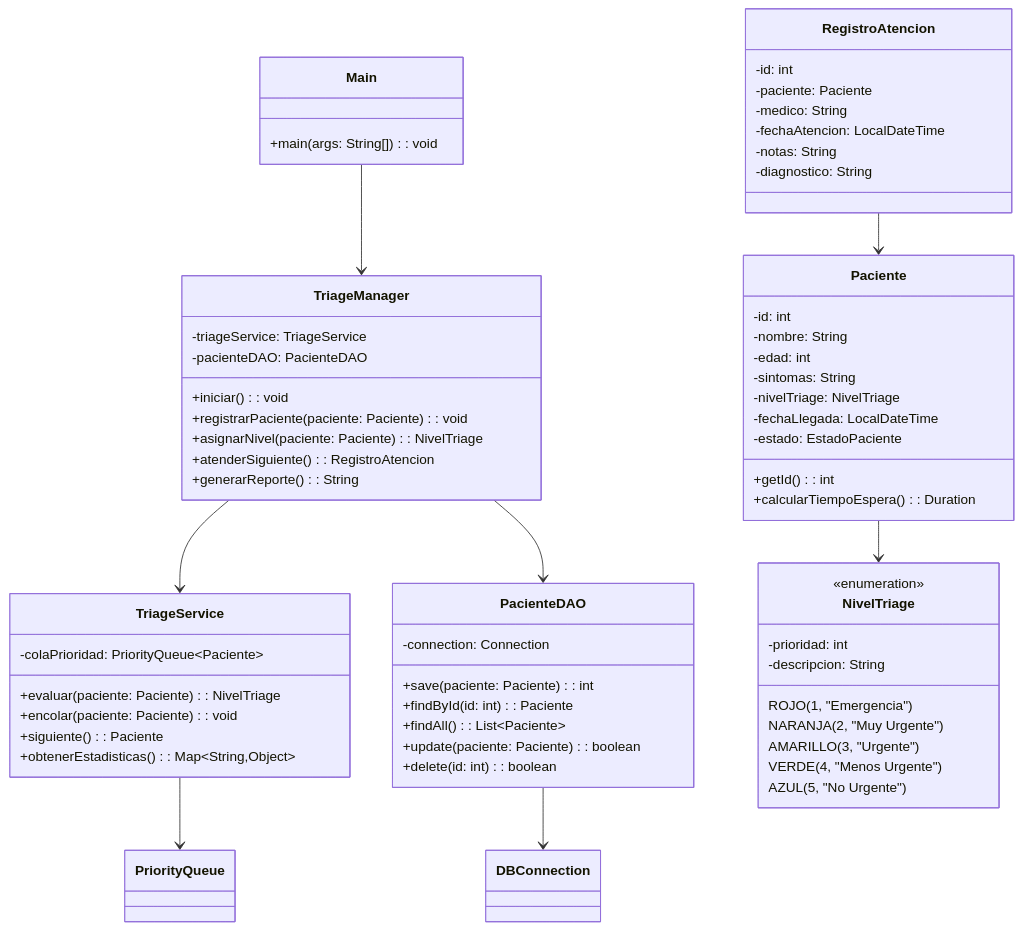
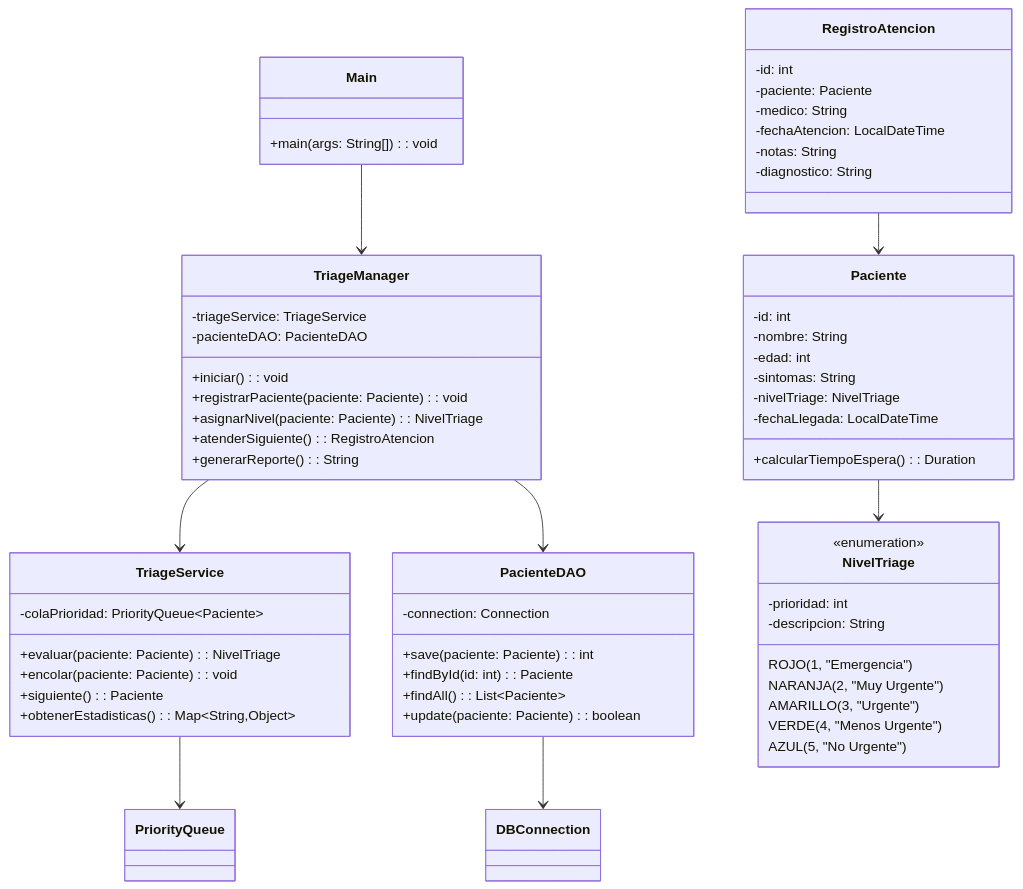
Before and after one commit to Erick-MSD/Avance_del_Proyecto_ED: the first of 2 diagrams in README.md, drawn with Mermaid. The commit also changed other lines of this file, not shown here.

````diff
--- a/README.md
+++ b/README.md
@@ -60,75 +124,72 @@
 ```mermaid
 classDiagram
     direction TB
     
     class Main {
         +main(args: String[]): void
     }
     
     class TriageManager {
         -triageService: TriageService
         -pacienteDAO: PacienteDAO
         +iniciar(): void
         +registrarPaciente(paciente: Paciente): void
         +asignarNivel(paciente: Paciente): NivelTriage
         +atenderSiguiente(): RegistroAtencion
         +generarReporte(): String
     }
     
     class TriageService {
         -colaPrioridad: PriorityQueue~Paciente~
         +evaluar(paciente: Paciente): NivelTriage
         +encolar(paciente: Paciente): void
         +siguiente(): Paciente
         +obtenerEstadisticas(): Map~String,Object~
     }
     
     class PacienteDAO {
         -connection: Connection
         +save(paciente: Paciente): int
         +findById(id: int): Paciente
         +findAll(): List~Paciente~
         +update(paciente: Paciente): boolean
-        +delete(id: int): boolean
     }
     
     class Paciente {
         -id: int
         -nombre: String
         -edad: int
         -sintomas: String
         -nivelTriage: NivelTriage
         -fechaLlegada: LocalDateTime
-        -estado: EstadoPaciente
-        +getId(): int
         +calcularTiempoEspera(): Duration
     }
     
     class NivelTriage {
         <<enumeration>>
         ROJO(1, "Emergencia")
-        NARANJA(2, "Muy Urgente") 
+        NARANJA(2, "Muy Urgente")
         AMARILLO(3, "Urgente")
         VERDE(4, "Menos Urgente")
         AZUL(5, "No Urgente")
         -prioridad: int
         -descripcion: String
     }
     
     class RegistroAtencion {
         -id: int
         -paciente: Paciente
         -medico: String
         -fechaAtencion: LocalDateTime
         -notas: String
         -diagnostico: String
     }
     
     Main --> TriageManager
     TriageManager --> TriageService
     TriageManager --> PacienteDAO
     TriageService --> PriorityQueue
     Paciente --> NivelTriage
     RegistroAtencion --> Paciente
     PacienteDAO --> DBConnection
 ```
````
